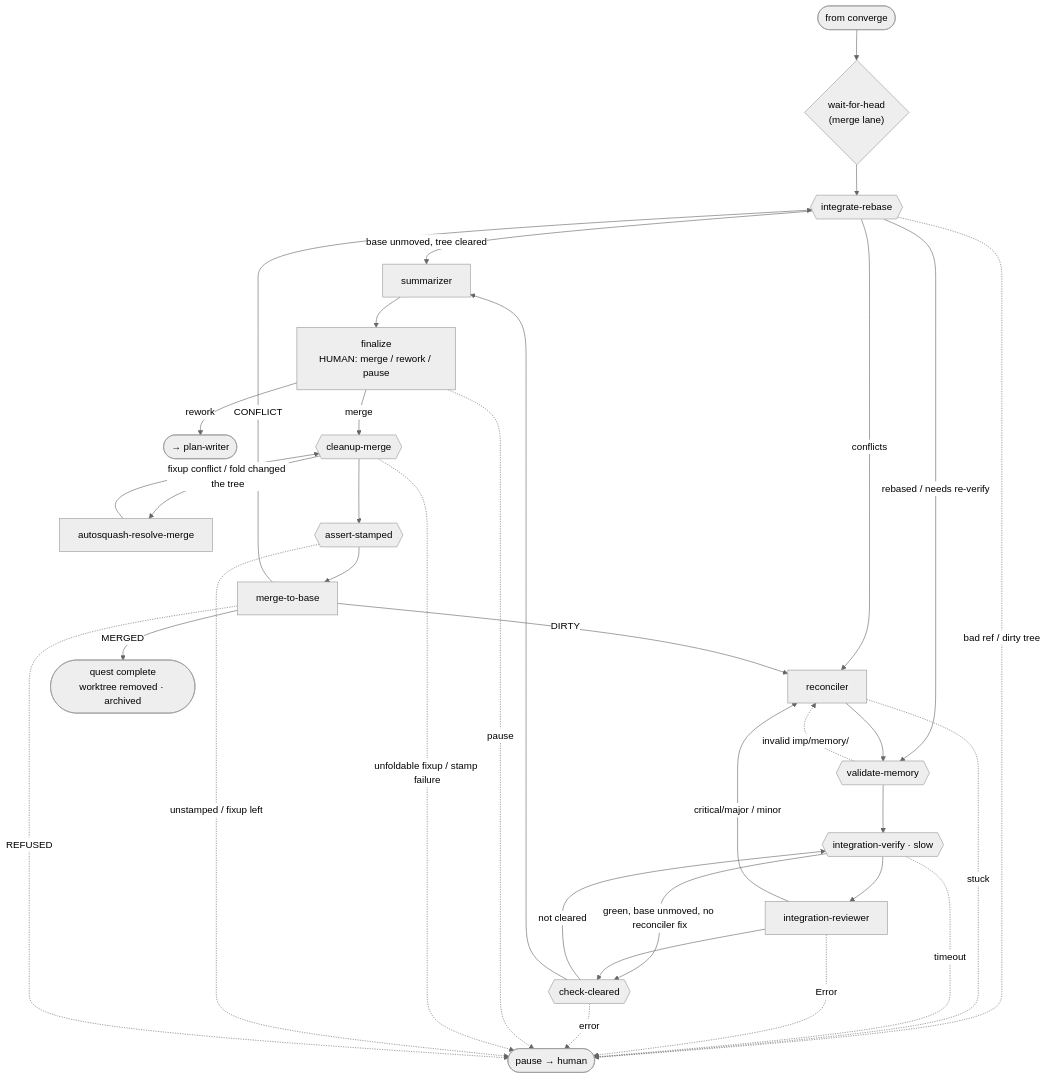
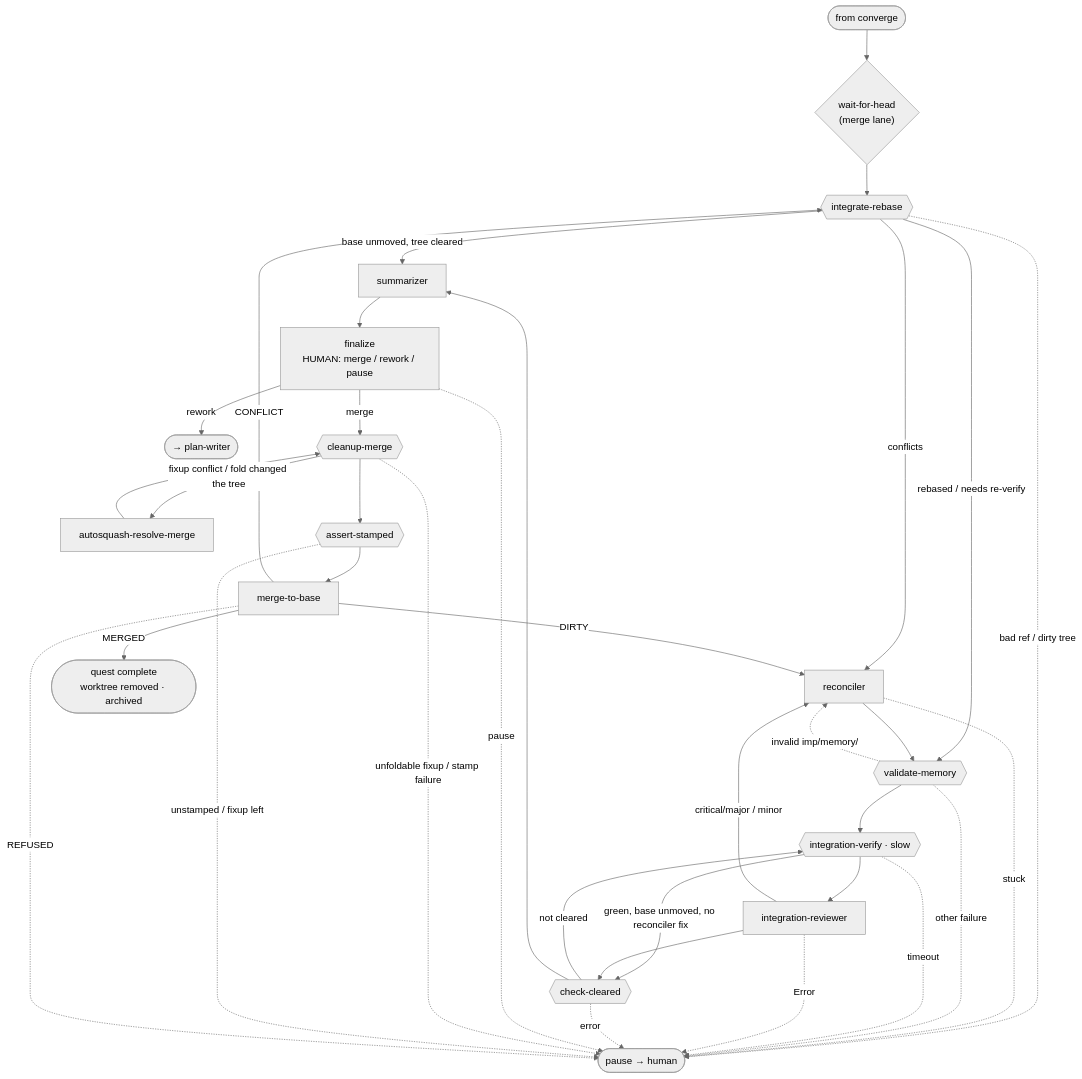
One commit to jpoimboe/imp changed diagram 13 of 13 in docs/internals/architecture.md. Above: the diagram before and after it, drawn with Mermaid (neutral theme). The commit also changed other lines of this file and 6 other files, not shown here.

````diff
--- a/docs/internals/architecture.md
+++ b/docs/internals/architecture.md
@@ -307,36 +308,37 @@
 ```mermaid
 flowchart TD
   in([from converge]) --> WFH{"wait-for-head<br/>(merge lane)"}
   WFH --> IR{{"integrate-rebase"}}
   IR -->|"base unmoved, tree cleared"| SUM
   IR -->|"rebased / needs re-verify"| VM
   IR -->|conflicts| REC["reconciler"]
   IR -. "bad ref / dirty tree" .-> HUMAN([pause → human])
   REC --> VM{{"validate-memory"}}
   REC -. stuck .-> HUMAN
   VM -. "invalid imp/memory/" .-> REC
+  VM -. "other failure" .-> HUMAN
   VM --> IV{{"integration-verify · slow"}}
   IV -. timeout .-> HUMAN
   IV --> IRV["integration-reviewer"]
   IV -->|"green, base unmoved, no reconciler fix"| CC
   IRV -->|"critical/major / minor"| REC
   IRV -. Error .-> HUMAN
   IRV --> CC{{"check-cleared"}}
   CC -->|"not cleared"| IV
   CC -. error .-> HUMAN
   CC --> SUM["summarizer"]
   SUM --> FIN["finalize<br/>HUMAN: merge / rework / pause"]
   FIN -->|rework| back([→ plan-writer])
   FIN -. pause .-> HUMAN
   FIN -->|merge| CM{{"cleanup-merge"}}
   CM -->|"fixup conflict / fold changed the tree"| ASR["autosquash-resolve-merge"]
   ASR --> CM
   CM -. "unfoldable fixup / stamp failure" .-> HUMAN
   CM --> AST{{"assert-stamped"}}
   AST -. "unstamped / fixup left" .-> HUMAN
   AST --> M2B["merge-to-base"]
   M2B -->|MERGED| done([quest complete<br/>worktree removed · archived])
   M2B -->|CONFLICT| IR
   M2B -->|DIRTY| REC
   M2B -. REFUSED .-> HUMAN
 ```
````
